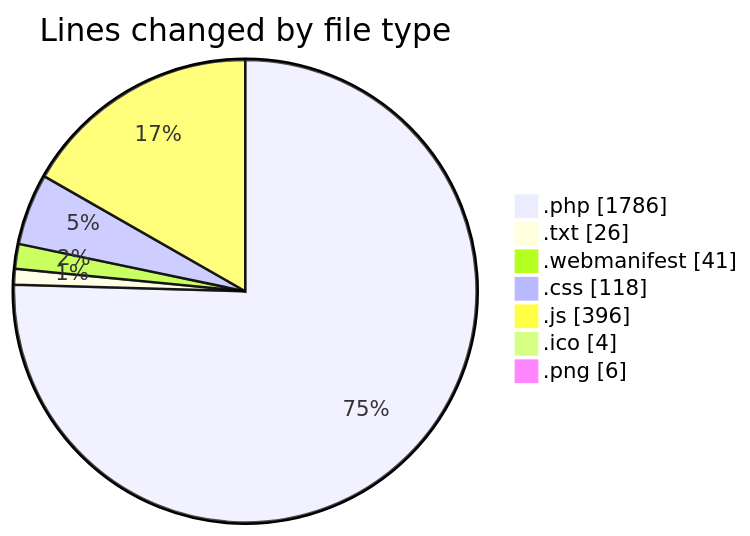
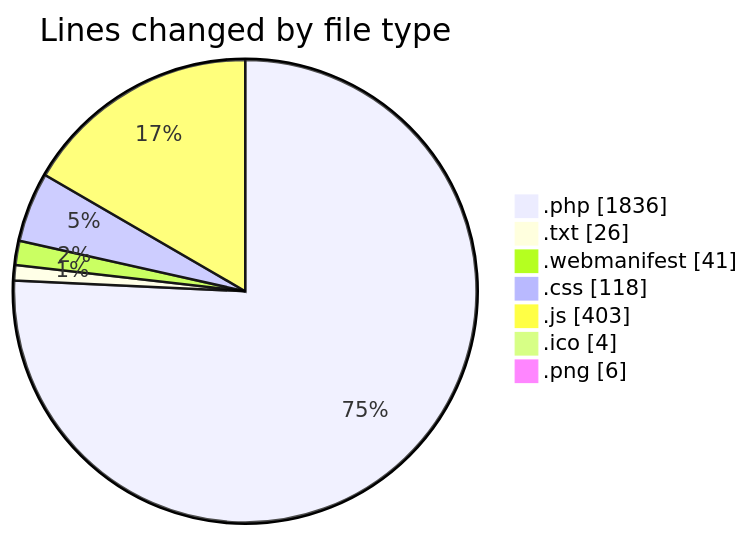
The first of 2 diagrams in 2025-08-20/quytuthien_vn/README.md (lephambinh05/code-tracking), drawn with Mermaid before and after one commit. The commit also changed other lines of this file and 1 other file, not shown here.

````diff
--- a/2025-08-20/quytuthien_vn/README.md
+++ b/2025-08-20/quytuthien_vn/README.md
@@ -68,11 +69,11 @@
 ```mermaid
 pie showData
 title Lines changed by file type
-".php" : 1786
+".php" : 1836
 ".txt" : 26
 ".webmanifest" : 41
 ".css" : 118
-".js" : 396
+".js" : 403
 ".ico" : 4
 ".png" : 6
 ```
````
